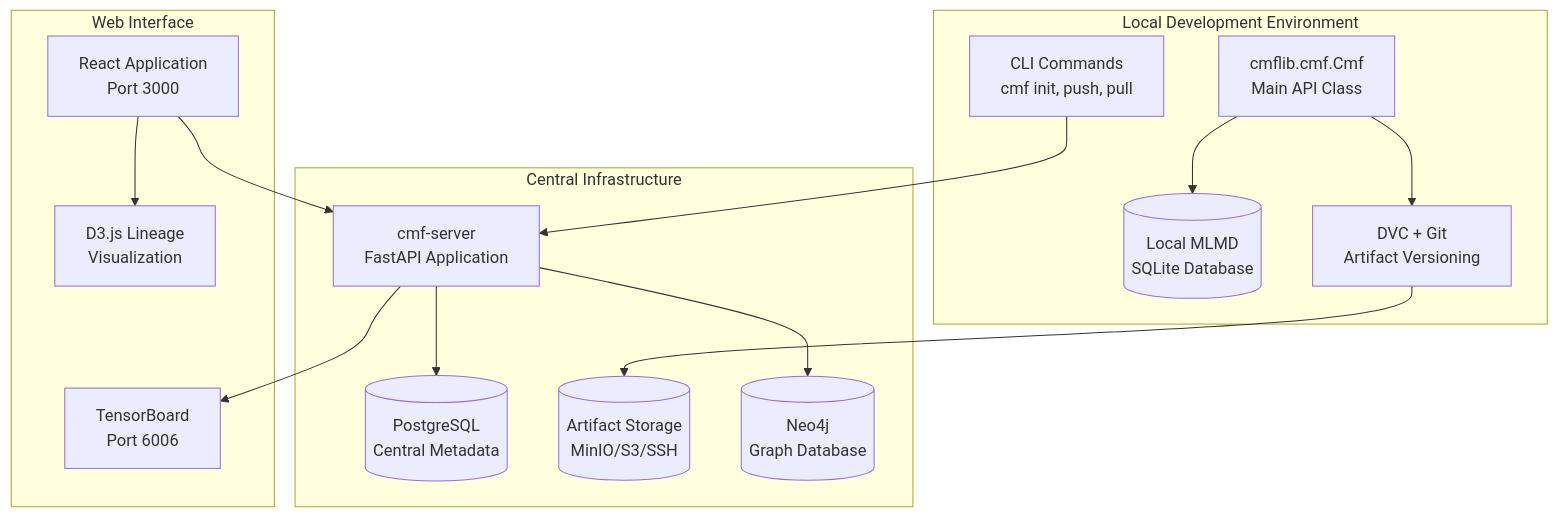
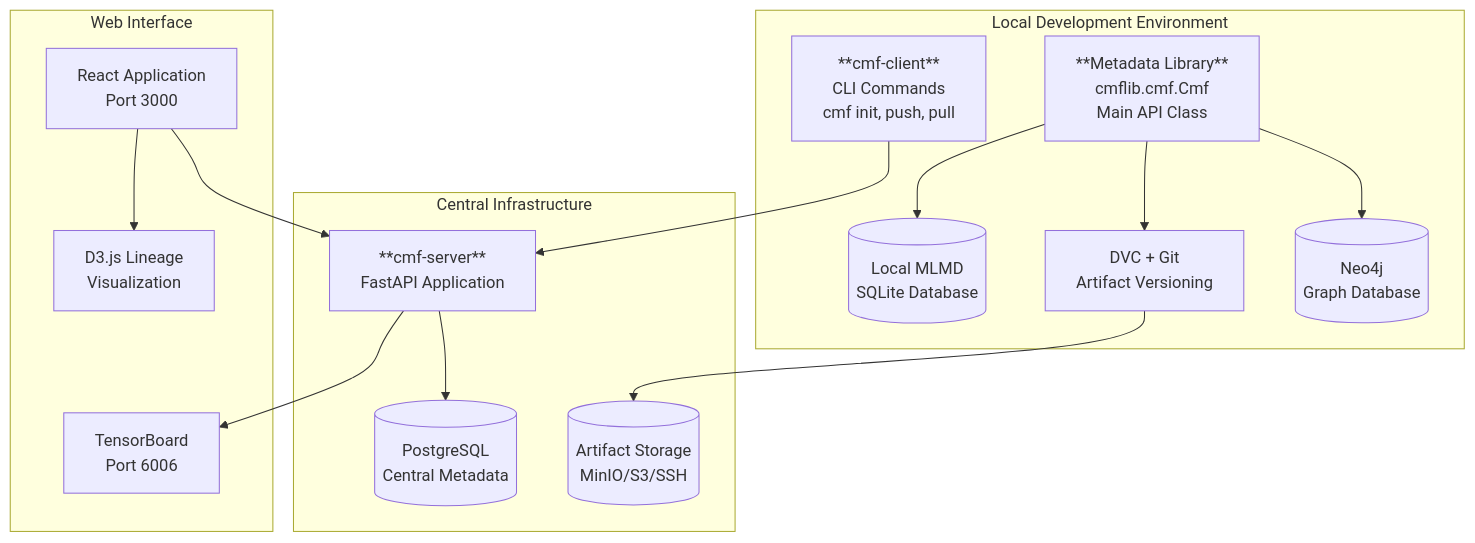
One commit to HewlettPackard/cmf changed the first of 4 diagrams in docs/index.md. Above: the diagram before and after it, drawn with Mermaid. The commit also changed other lines of this file, not shown here.

````diff
--- a/docs/index.md
+++ b/docs/index.md
@@ -13,32 +21,32 @@
 ```mermaid
 graph TB
     subgraph "Local Development Environment"
-        CMF_CLIENT["cmflib.cmf.Cmf<br/>Main API Class"]
-        CLI_TOOLS["CLI Commands<br/>cmf init, push, pull"]
+        CMF_CLIENT["**Metadata Library**<br/>cmflib.cmf.Cmf<br/>Main API Class"]
+        CLI_TOOLS["**cmf-client**<br/>CLI Commands<br/>cmf init, push, pull"]
         LOCAL_MLMD[("Local MLMD<br/>SQLite Database")]
         DVC_GIT["DVC + Git<br/>Artifact Versioning"]
+        NEO4J[("Neo4j<br/>Graph Database")]
     end
 
     subgraph "Central Infrastructure"
-        CMF_SERVER["cmf-server<br/>FastAPI Application"]
+        CMF_SERVER["**cmf-server**<br/>FastAPI Application"]
         CENTRAL_MLMD[("PostgreSQL<br/>Central Metadata")]
         ARTIFACT_STORAGE[("Artifact Storage<br/>MinIO/S3/SSH")]
-        NEO4J[("Neo4j<br/>Graph Database")]
     end
 
     subgraph "Web Interface"
         REACT_UI["React Application<br/>Port 3000"]
         LINEAGE_VIZ["D3.js Lineage<br/>Visualization"]
         TENSORBOARD["TensorBoard<br/>Port 6006"]
     end
 
     CMF_CLIENT --> LOCAL_MLMD
     CMF_CLIENT --> DVC_GIT
+    CMF_CLIENT --> NEO4J
     CLI_TOOLS --> CMF_SERVER
     CMF_SERVER --> CENTRAL_MLMD
-    CMF_SERVER --> NEO4J
     DVC_GIT --> ARTIFACT_STORAGE
     REACT_UI --> CMF_SERVER
     REACT_UI --> LINEAGE_VIZ
     CMF_SERVER --> TENSORBOARD
 ```
````
